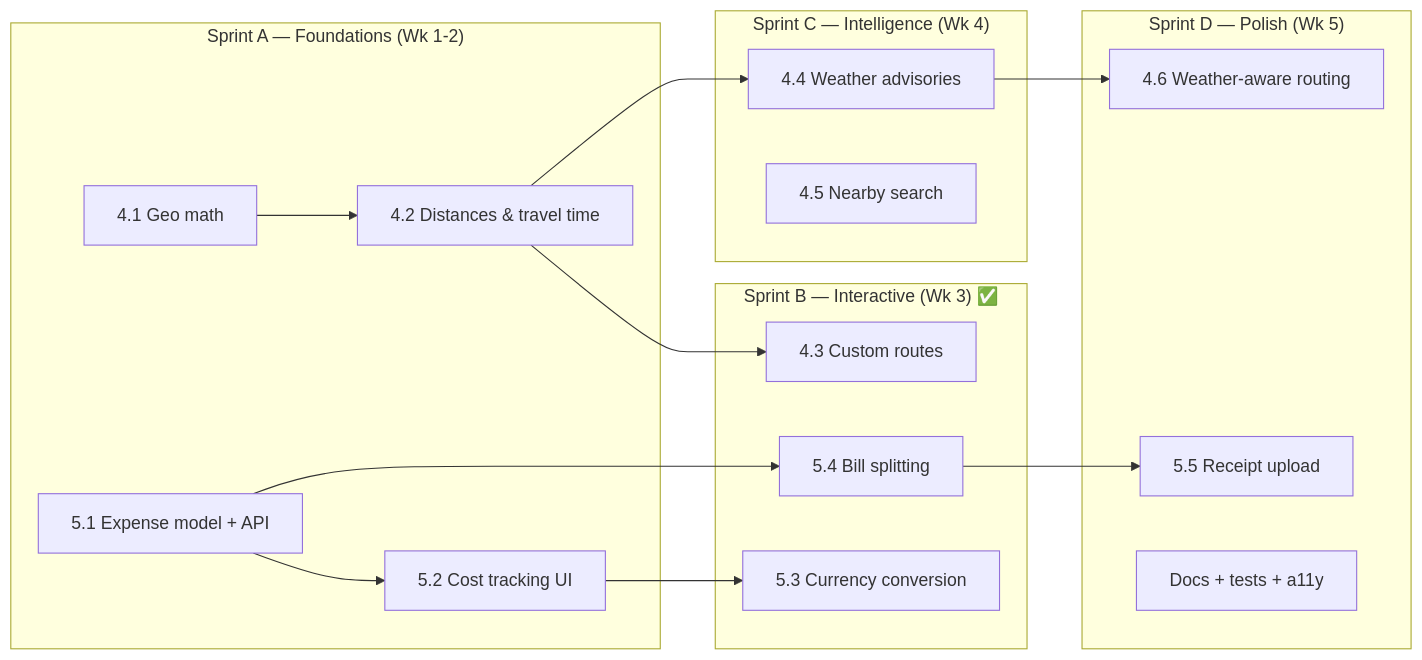
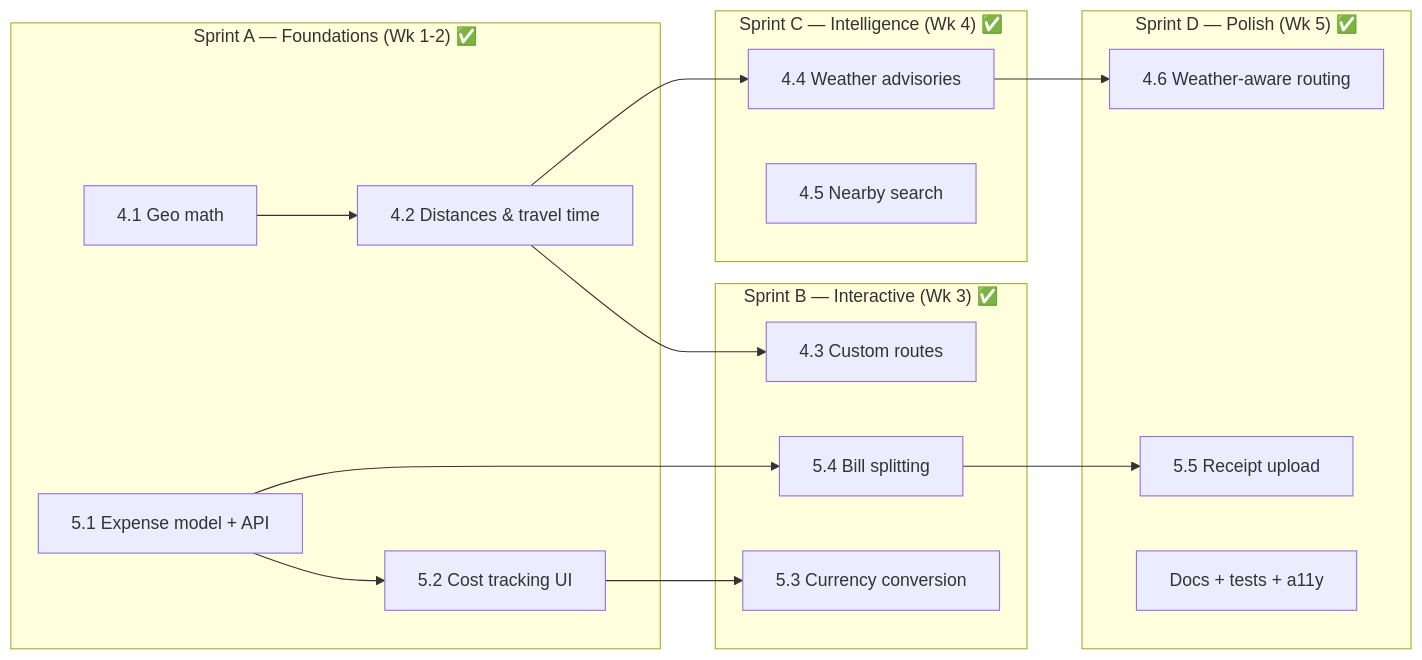
One commit to aliffiazmuhammed/travelai changed the diagram in docs/roadmap-milestones-4-5.md. Above: the diagram before and after it, drawn with Mermaid. The commit also changed other lines of this file and 69 other files, not shown here.

````diff
--- a/docs/roadmap-milestones-4-5.md
+++ b/docs/roadmap-milestones-4-5.md
@@ -191,29 +191,29 @@
 ```mermaid
 flowchart LR
-  subgraph S1["Sprint A — Foundations (Wk 1-2)"]
+  subgraph S1["Sprint A — Foundations (Wk 1-2) ✅"]
     A1[4.1 Geo math]
     A2[4.2 Distances & travel time]
     A3[5.1 Expense model + API]
     A4[5.2 Cost tracking UI]
   end
   subgraph S2["Sprint B — Interactive (Wk 3) ✅"]
     B1[4.3 Custom routes]
     B2[5.3 Currency conversion]
     B3[5.4 Bill splitting]
   end
-  subgraph S3["Sprint C — Intelligence (Wk 4)"]
+  subgraph S3["Sprint C — Intelligence (Wk 4) ✅"]
     C1[4.4 Weather advisories]
     C2[4.5 Nearby search]
   end
-  subgraph S4["Sprint D — Polish (Wk 5)"]
+  subgraph S4["Sprint D — Polish (Wk 5) ✅"]
     D1[5.5 Receipt upload]
     D2[4.6 Weather-aware routing]
     D3[Docs + tests + a11y]
   end
   A1 --> A2 --> B1
   A3 --> A4 --> B2
   A3 --> B3
   A2 --> C1
   C1 --> D2
   B3 --> D1
 ```
````
